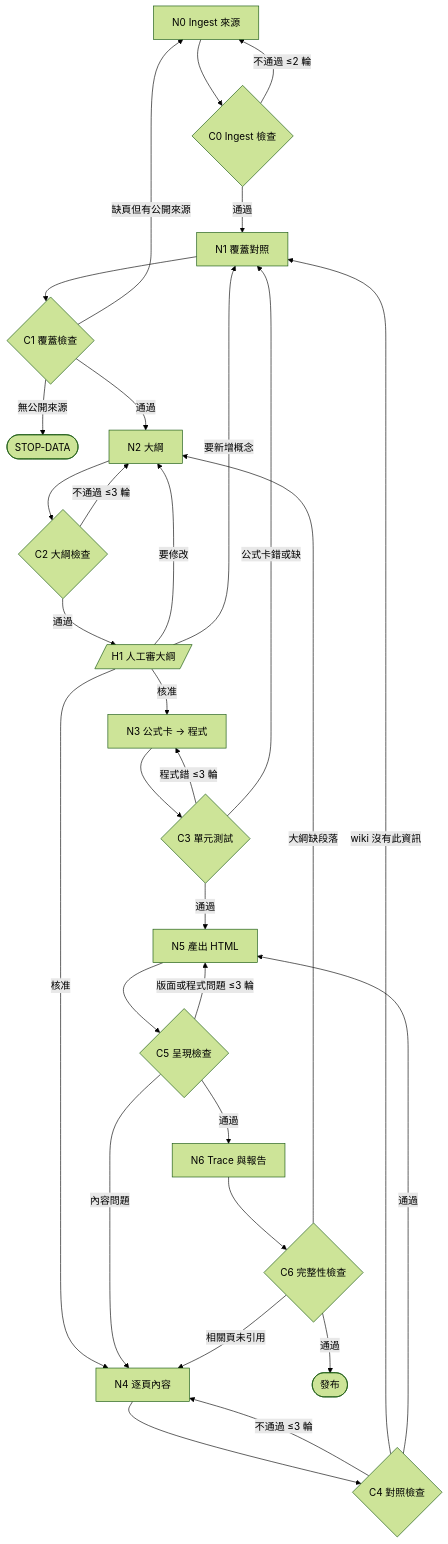
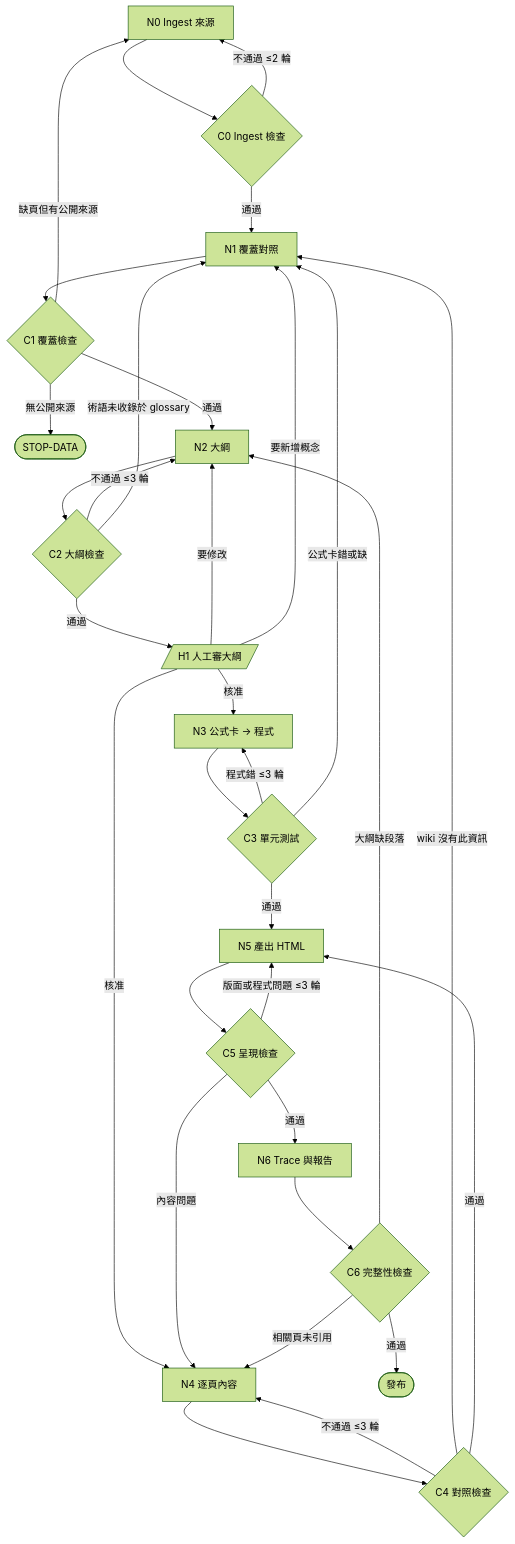
One commit to Itzel0115/derivatives-lab changed the diagram in GRAPH_SPEC.md. Above: the diagram before and after it, drawn with Mermaid (forest theme). The commit also changed other lines of this file and 1 other file, not shown here.

Commit message:
[v2][spec] GRAPH_SPEC v2：版本紀錄；術語檢查前移到 C2（C2-7）、字數檢查前移到 C4（C4-7）；§8 寫明 v2 公平比較做法

````diff
--- a/GRAPH_SPEC.md
+++ b/GRAPH_SPEC.md
@@ -185,33 +192,34 @@
 ```mermaid
 flowchart TD
   N0[N0 Ingest 來源] --> C0{C0 Ingest 檢查}
   C0 -- 不通過 ≤2 輪 --> N0
   C0 -- 通過 --> N1[N1 覆蓋對照]
   N1 --> C1{C1 覆蓋檢查}
   C1 -- 缺頁但有公開來源 --> N0
   C1 -- 無公開來源 --> STOPD([STOP-DATA])
   C1 -- 通過 --> N2[N2 大綱]
   N2 --> C2{C2 大綱檢查}
   C2 -- 不通過 ≤3 輪 --> N2
+  C2 -- 術語未收錄於 glossary --> N1
   C2 -- 通過 --> H1[/H1 人工審大綱/]
   H1 -- 要修改 --> N2
   H1 -- 要新增概念 --> N1
   H1 -- 核准 --> N3[N3 公式卡 → 程式]
   H1 -- 核准 --> N4[N4 逐頁內容]
   N3 --> C3{C3 單元測試}
   C3 -- 程式錯 ≤3 輪 --> N3
   C3 -- 公式卡錯或缺 --> N1
   N4 --> C4{C4 對照檢查}
   C4 -- 不通過 ≤3 輪 --> N4
   C4 -- wiki 沒有此資訊 --> N1
   C3 -- 通過 --> N5[N5 產出 HTML]
   C4 -- 通過 --> N5
   N5 --> C5{C5 呈現檢查}
   C5 -- 版面或程式問題 ≤3 輪 --> N5
   C5 -- 內容問題 --> N4
   C5 -- 通過 --> N6[N6 Trace 與報告]
   N6 --> C6{C6 完整性檢查}
   C6 -- 相關頁未引用 --> N4
   C6 -- 大綱缺段落 --> N2
   C6 -- 通過 --> DONE([發布])
 ```
````
